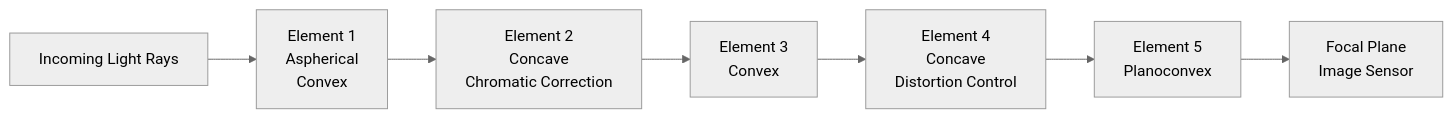
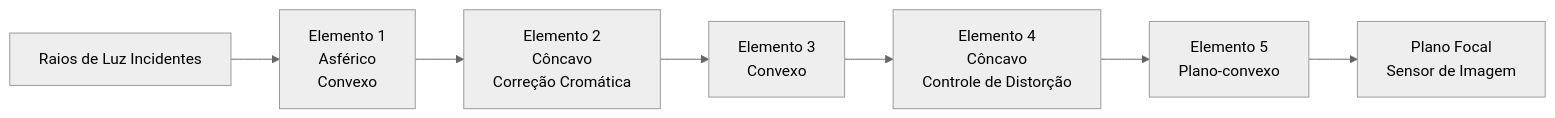
Before and after one commit to zoozooll/AndroidCameraParameters: the first of 5 diagrams in website/i18n/pt-BR/docusaurus-plugin-content-docs/current/camera2/understanding-smartphone-cameras.md, drawn with Mermaid (neutral theme). The commit also changed other lines of this file and 378 other files, not shown here.

````diff
--- a/website/i18n/pt-BR/docusaurus-plugin-content-docs/current/camera2/understanding-smartphone-cameras.md
+++ b/website/i18n/pt-BR/docusaurus-plugin-content-docs/current/camera2/understanding-smartphone-cameras.md
@@ -47,9 +47,9 @@
 ```mermaid
 graph LR
-    A[Incoming Light Rays] --> B[Element 1\nAspherical\nConvex]
-    B --> C[Element 2\nConcave\nChromatic Correction]
-    C --> D[Element 3\nConvex]
-    D --> E[Element 4\nConcave\nDistortion Control]
-    E --> F[Element 5\nPlanoconvex]
-    F --> G[Focal Plane\nImage Sensor]
+    A["Raios de Luz Incidentes"] --> B["Elemento 1<br/>Asférico<br/>Convexo"]
+    B --> C[Elemento 2<br/>Côncavo<br/>Correção Cromática]
+    C --> D[Elemento 3<br/>Convexo]
+    D --> E[Elemento 4<br/>Côncavo<br/>Controle de Distorção]
+    E --> F[Elemento 5<br/>Plano-convexo]
+    F --> G[Plano Focal<br/>Sensor de Imagem]
 ```
````
